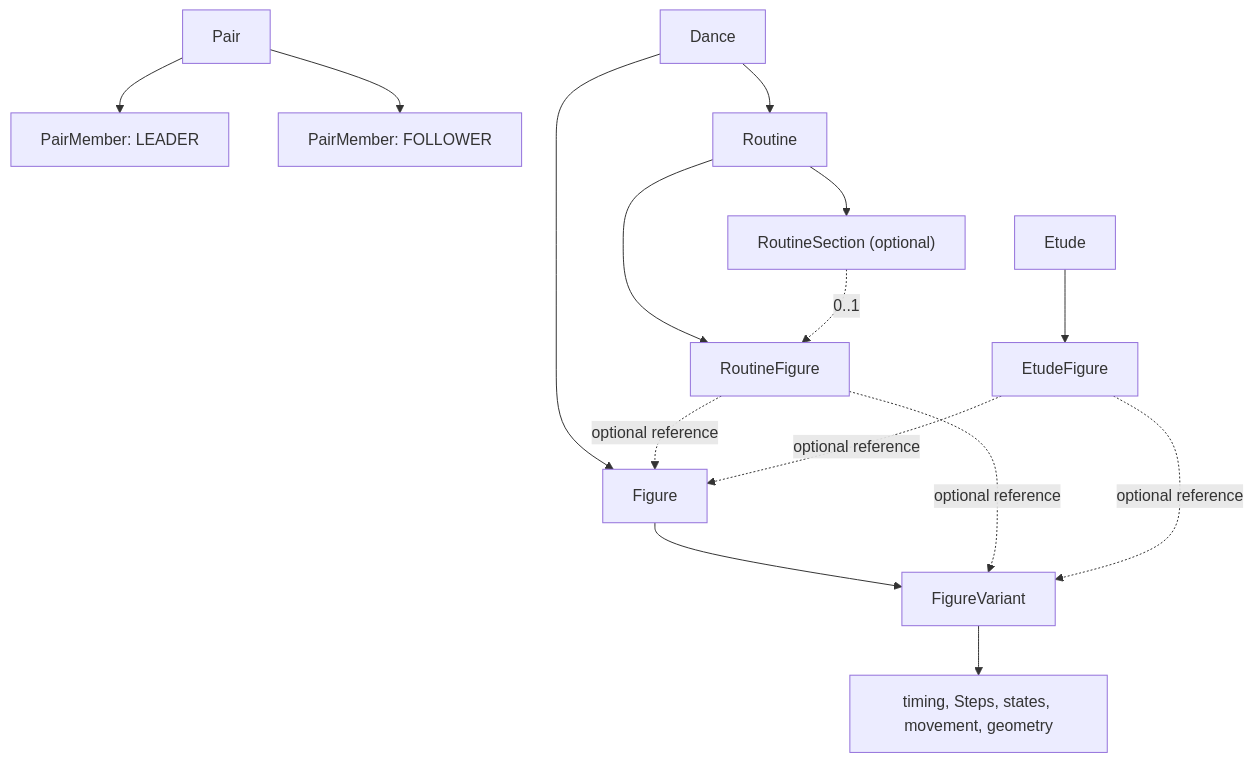
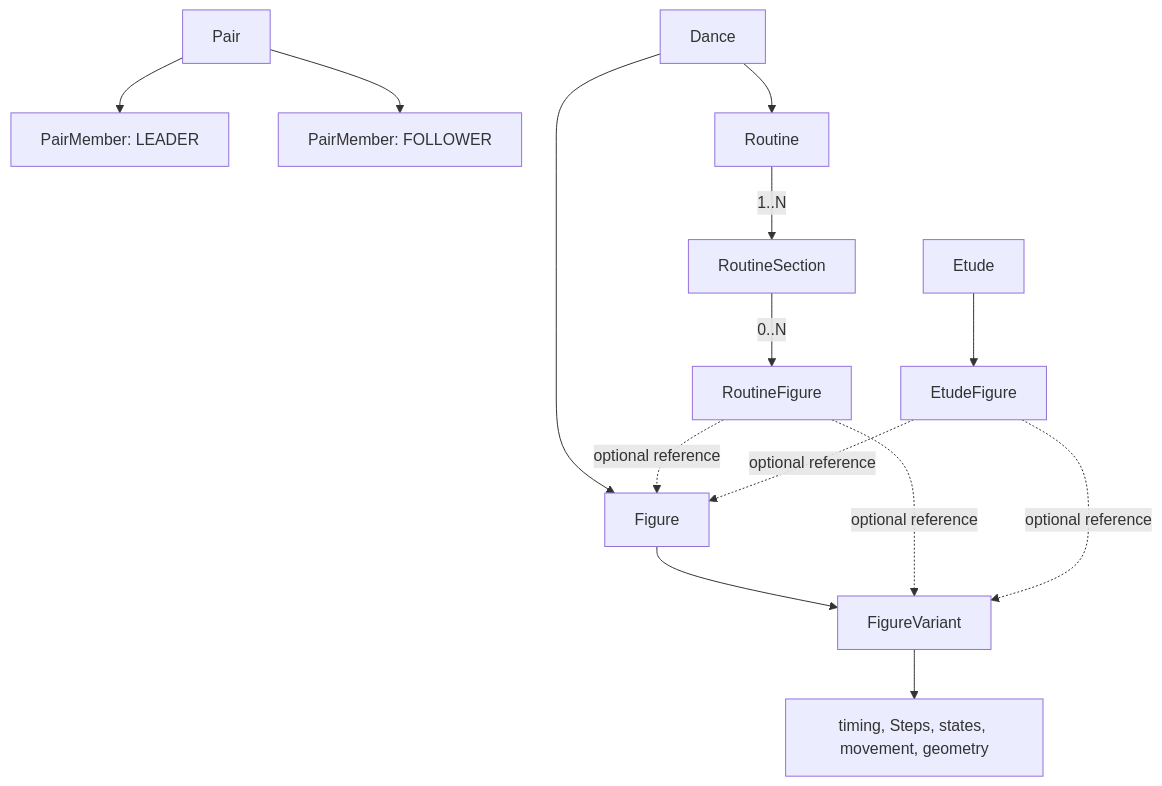
Before and after one commit to JanMatecha/MyDanceBook: the first of 3 diagrams in docs/DATA_MODEL.md, drawn with Mermaid. The commit also changed other lines of this file and 24 other files, not shown here.

````diff
--- a/docs/DATA_MODEL.md
+++ b/docs/DATA_MODEL.md
@@ -31,17 +31,16 @@
 ```mermaid
 flowchart TB
     Pair --> Leader["PairMember: LEADER"]
     Pair --> Follower["PairMember: FOLLOWER"]
     Dance --> Figure
     Figure --> Variant["FigureVariant"]
     Dance --> Routine
-    Routine --> Section["RoutineSection (optional)"]
-    Routine --> Occurrence["RoutineFigure"]
-    Section -. "0..1" .-> Occurrence
+    Routine -->|"1..N"| Section["RoutineSection"]
+    Section -->|"0..N"| Occurrence["RoutineFigure"]
     Occurrence -. "optional reference" .-> Figure
     Occurrence -. "optional reference" .-> Variant
     Etude --> EtudeOccurrence["EtudeFigure"]
     EtudeOccurrence -. "optional reference" .-> Figure
     EtudeOccurrence -. "optional reference" .-> Variant
     Variant --> Technique["timing, Steps, states, movement, geometry"]
 ```
````
